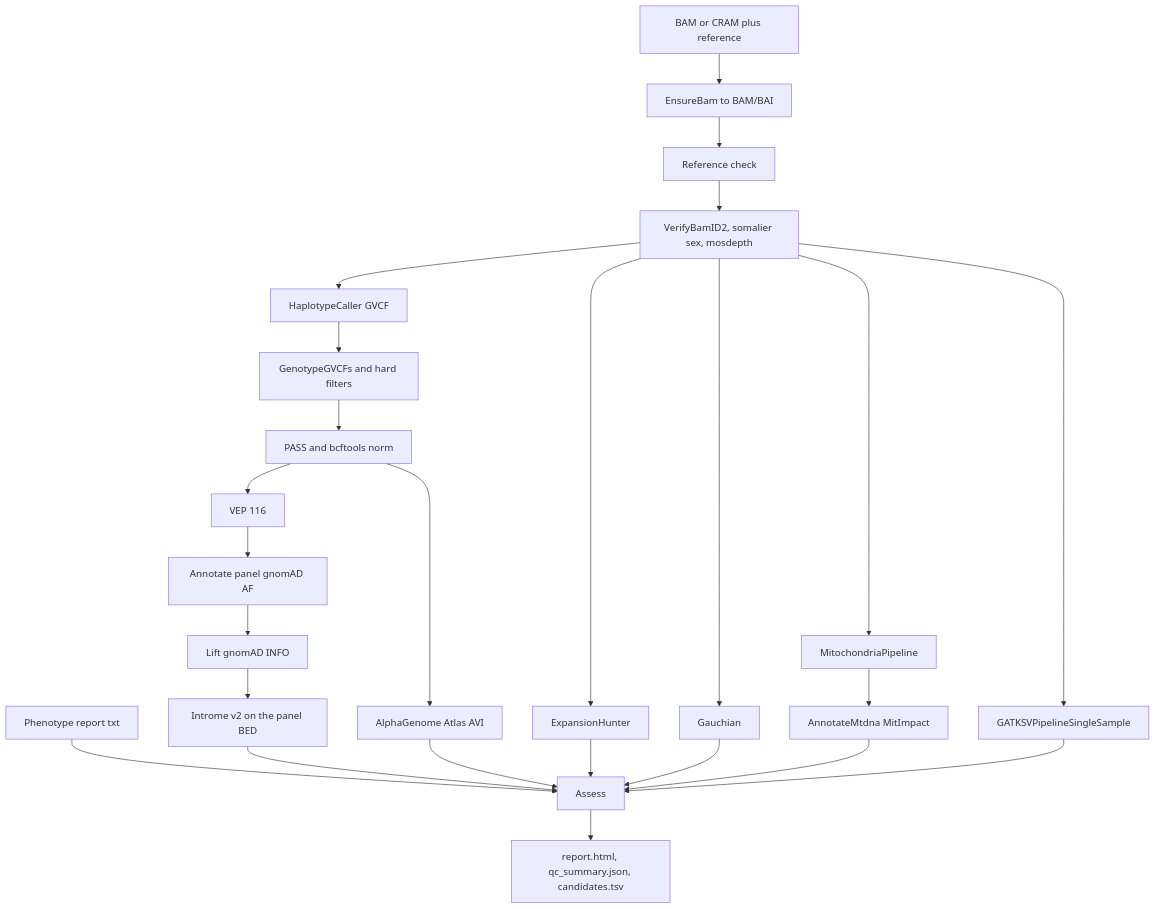
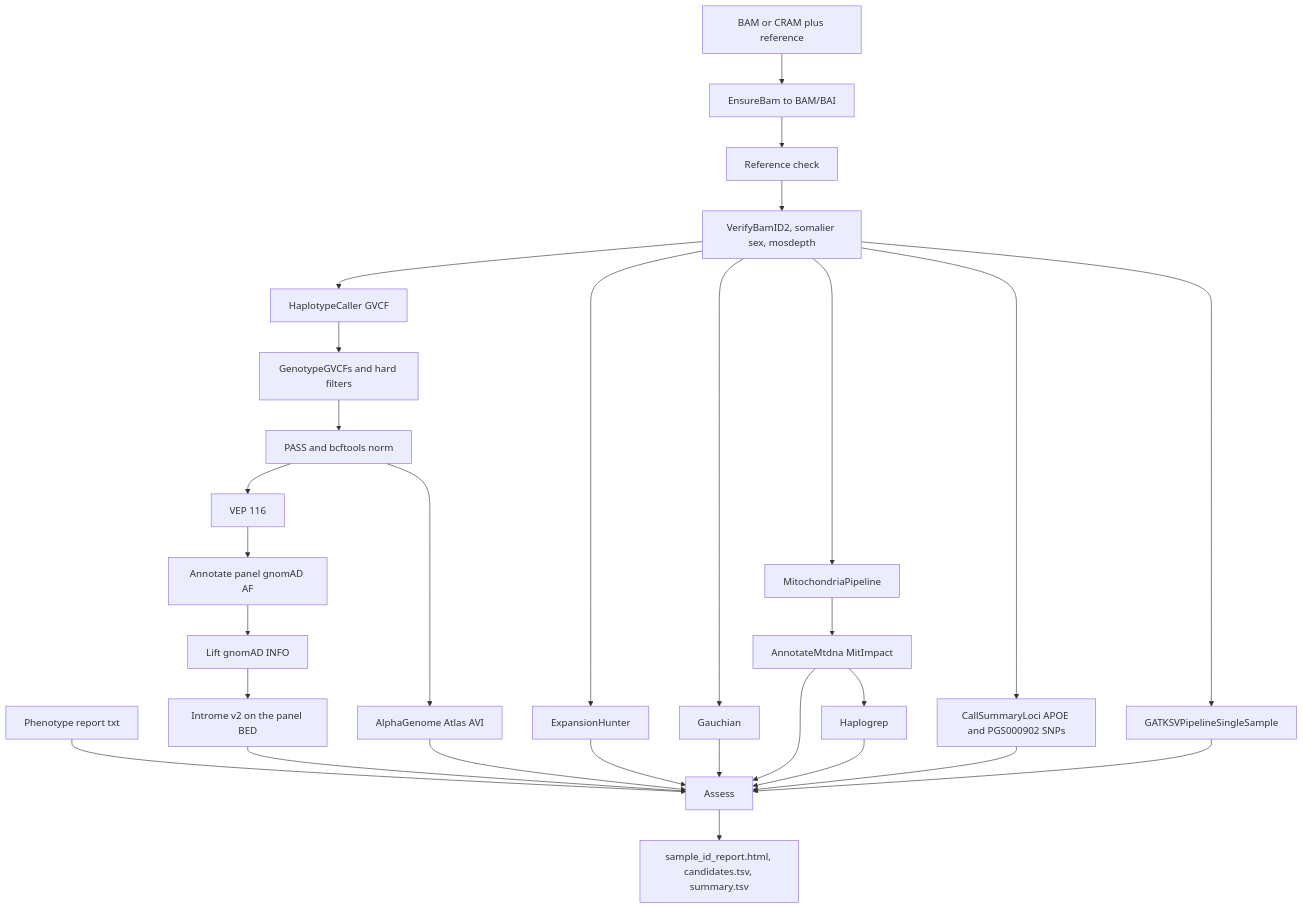
Before and after one commit to gqworks/pdsample-terra: the first of 2 diagrams in README.md, drawn with Mermaid. The commit also changed other lines of this file and 24 other files, not shown here.

First line of the commit message:
Add per-sample APOE, haplogroup, panel PRS, and mean MLC summary (#100)

````diff
--- a/README.md
+++ b/README.md
@@ -5,27 +5,31 @@
 ```mermaid
 flowchart TD
   bam[BAM or CRAM plus reference] --> ensure[EnsureBam to BAM/BAI]
   ensure --> check[Reference check]
   check --> qc[VerifyBamID2, somalier sex, mosdepth]
   qc --> hc[HaplotypeCaller GVCF]
   hc --> gt[GenotypeGVCFs and hard filters]
   gt --> norm[PASS and bcftools norm]
   norm --> vep[VEP 116]
   vep --> gnomadAf[Annotate panel gnomAD AF]
   gnomadAf --> lift[Lift gnomAD INFO]
   lift --> introme[Introme v2 on the panel BED]
   norm --> avi[AlphaGenome Atlas AVI]
   qc --> eh[ExpansionHunter]
   qc --> gba[Gauchian]
   qc --> mito[MitochondriaPipeline]
   mito --> mitoAnn[AnnotateMtdna MitImpact]
+  mitoAnn --> haplo[Haplogrep]
+  qc --> summaryLoci[CallSummaryLoci APOE and PGS000902 SNPs]
   qc --> gatksv[GATKSVPipelineSingleSample]
   pheno[Phenotype report txt] --> assess[Assess]
   introme --> assess
   avi --> assess
   eh --> assess
   gba --> assess
   mitoAnn --> assess
+  haplo --> assess
+  summaryLoci --> assess
   gatksv --> assess
-  assess --> row[report.html, qc_summary.json, candidates.tsv]
+  assess --> row["sample_id_report.html, candidates.tsv, summary.tsv"]
 ```
````
